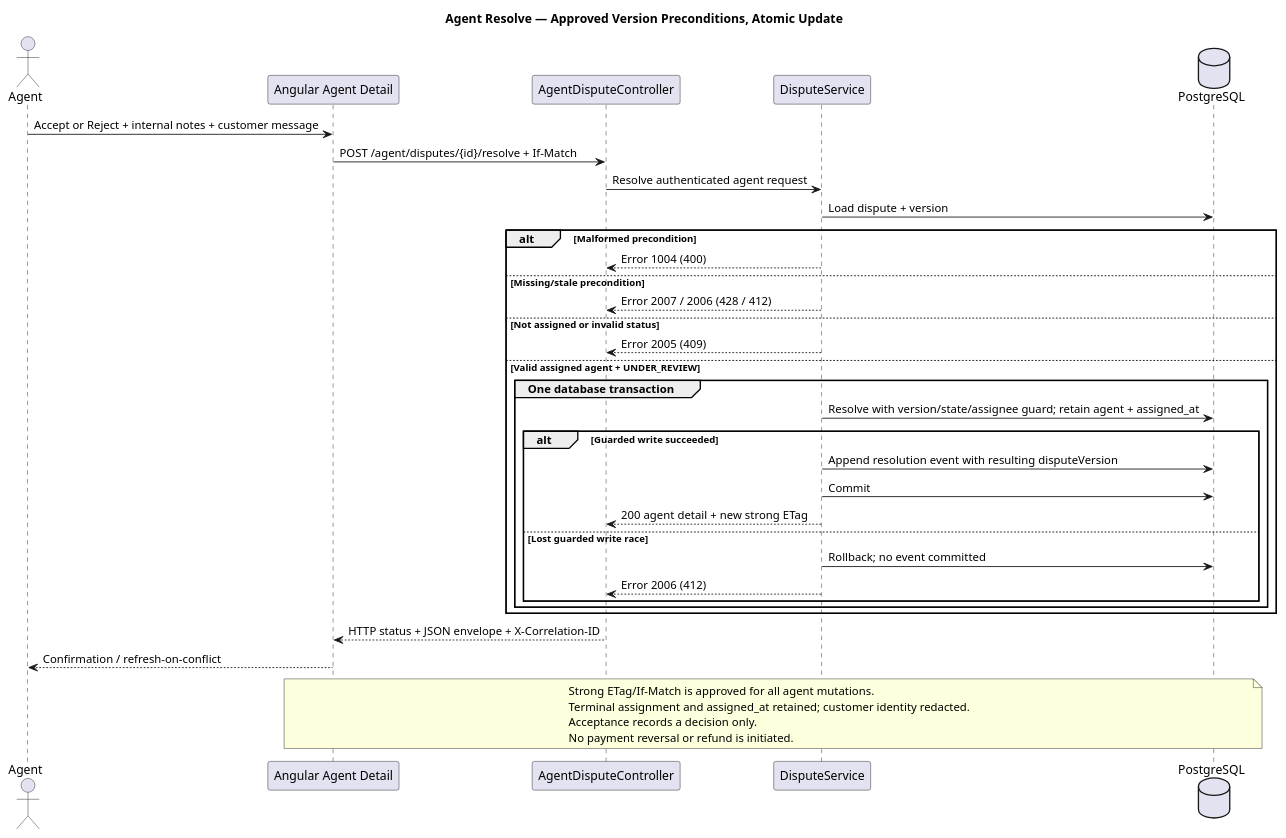
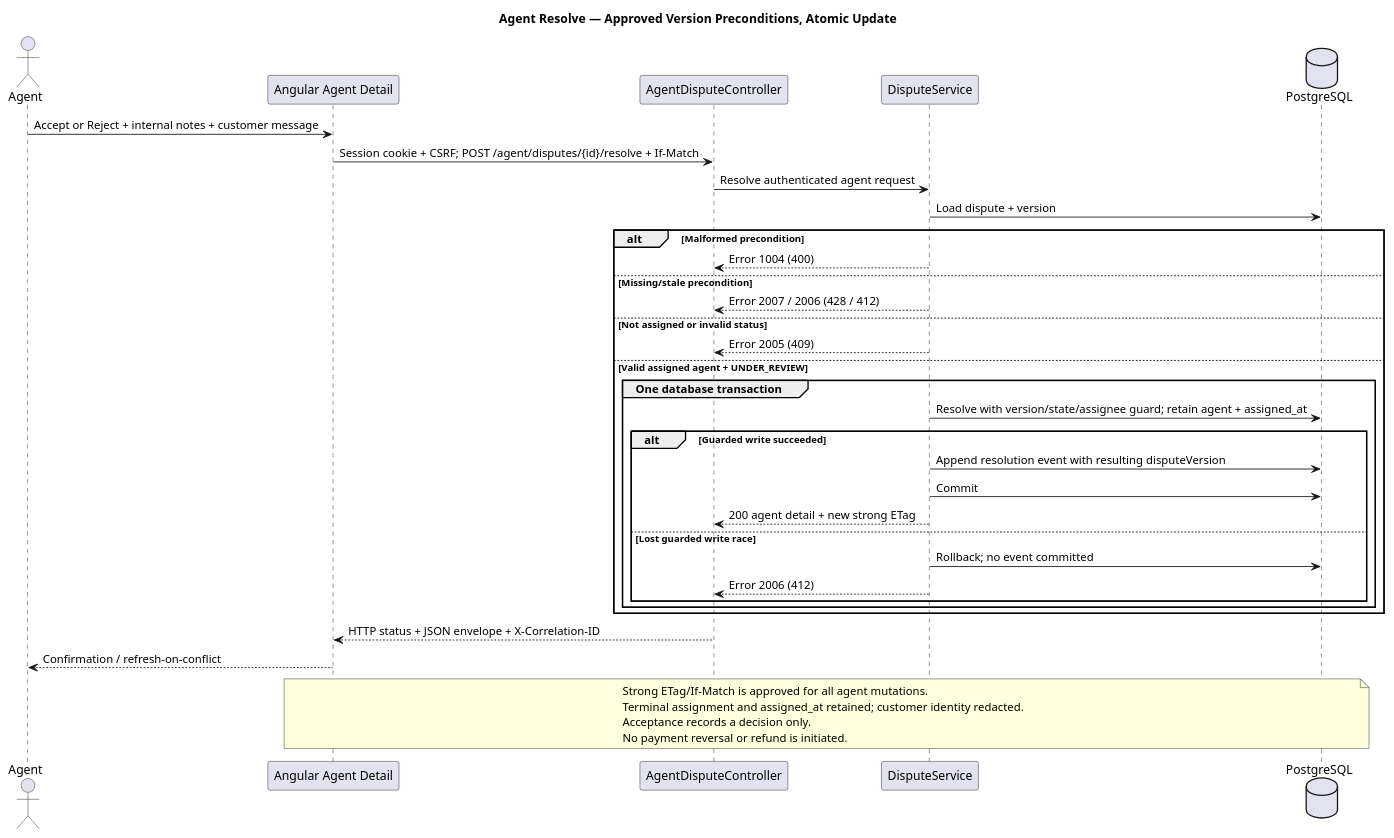
One commit to DonaldMbara/transaction-dispute-portal changed the diagram in docs/design/plantuml/resolve-dispute.puml. Above: the diagram before and after it, drawn with PlantUML. The commit also changed 27 other files, not shown here.

Commit message:
docs: align architecture with session-based authentication

```diff
--- a/docs/design/plantuml/resolve-dispute.puml
+++ b/docs/design/plantuml/resolve-dispute.puml
@@ -1,39 +1,39 @@
 @startuml
 title Agent Resolve — Approved Version Preconditions, Atomic Update
 actor Agent
 participant "Angular Agent Detail" as UI
 participant "AgentDisputeController" as C
 participant "DisputeService" as S
 database "PostgreSQL" as DB
 Agent -> UI : Accept or Reject + internal notes + customer message
-UI -> C : POST /agent/disputes/{id}/resolve + If-Match
+UI -> C : Session cookie + CSRF; POST /agent/disputes/{id}/resolve + If-Match
 C -> S : Resolve authenticated agent request
 S -> DB : Load dispute + version
 alt Malformed precondition
   S --> C : Error 1004 (400)
 else Missing/stale precondition
   S --> C : Error 2007 / 2006 (428 / 412)
 else Not assigned or invalid status
   S --> C : Error 2005 (409)
 else Valid assigned agent + UNDER_REVIEW
   group One database transaction
     S -> DB : Resolve with version/state/assignee guard; retain agent + assigned_at
     alt Guarded write succeeded
       S -> DB : Append resolution event with resulting disputeVersion
       S -> DB : Commit
       S --> C : 200 agent detail + new strong ETag
     else Lost guarded write race
       S -> DB : Rollback; no event committed
       S --> C : Error 2006 (412)
     end
   end
 end
 C --> UI : HTTP status + JSON envelope + X-Correlation-ID
 UI --> Agent : Confirmation / refresh-on-conflict
 note over UI, DB
 Strong ETag/If-Match is approved for all agent mutations.
 Terminal assignment and assigned_at retained; customer identity redacted.
 Acceptance records a decision only.
 No payment reversal or refund is initiated.
 end note
 @enduml
```
